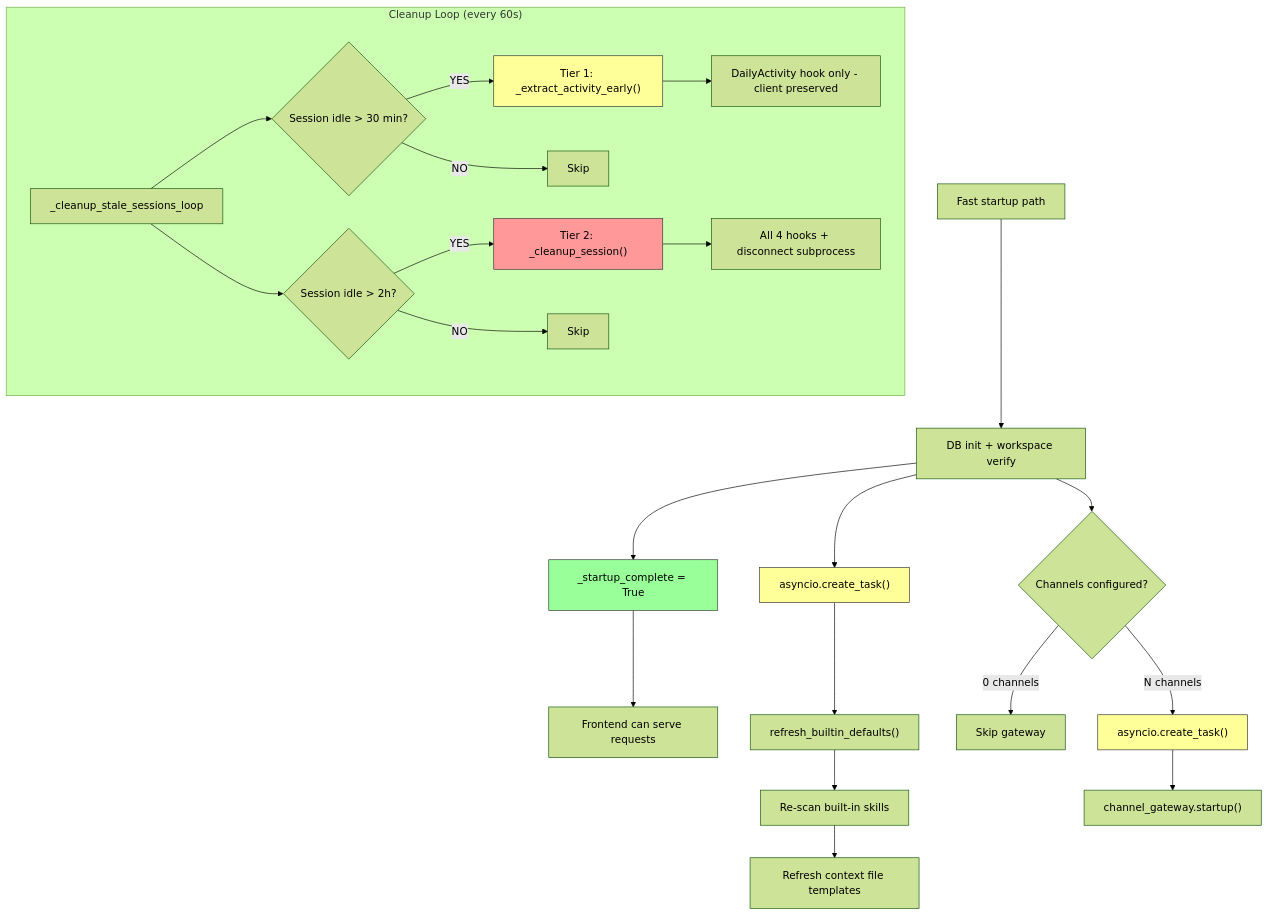
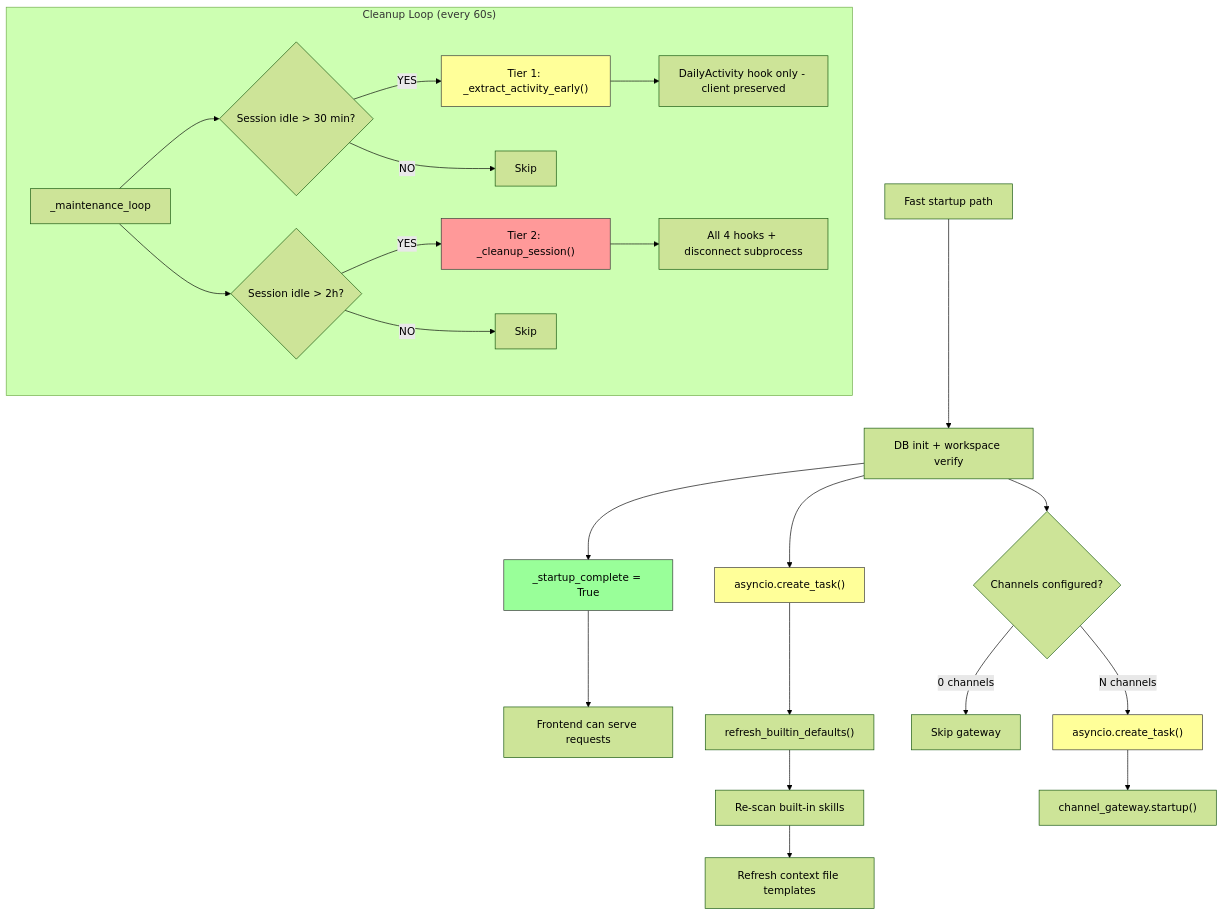
Before and after one commit to xg-gh-25/SwarmAI: diagram 20 of 20 in .kiro/specs/system-specs/FLOWCHARTS.md, drawn with Mermaid (forest theme). The commit also changed other lines of this file and 7 other files, not shown here.

First line of the commit message:
docs: refresh system-specs for multi-session re-architecture

````diff
--- a/.kiro/specs/system-specs/FLOWCHARTS.md
+++ b/.kiro/specs/system-specs/FLOWCHARTS.md
@@ -562,33 +562,33 @@
 ```mermaid
 flowchart TD
     A[Fast startup path] --> B[DB init + workspace verify]
     B --> C["_startup_complete = True"]
     C --> D[Frontend can serve requests]
 
     B --> E["asyncio.create_task()"]
     E --> F["refresh_builtin_defaults()"]
     F --> G[Re-scan built-in skills]
     G --> H[Refresh context file templates]
 
     B --> I{Channels configured?}
     I -->|0 channels| J[Skip gateway]
     I -->|N channels| K["asyncio.create_task()"]
     K --> L["channel_gateway.startup()"]
 
     subgraph "Cleanup Loop (every 60s)"
-        M["_cleanup_stale_sessions_loop"] --> N{Session idle > 30 min?}
+        M["_maintenance_loop"] --> N{Session idle > 30 min?}
         N -->|YES| O["Tier 1: _extract_activity_early()"]
         O --> P[DailyActivity hook only - client preserved]
         N -->|NO| Q[Skip]
         M --> R{Session idle > 2h?}
         R -->|YES| S["Tier 2: _cleanup_session()"]
         S --> T[All 4 hooks + disconnect subprocess]
         R -->|NO| U[Skip]
     end
 
     style C fill:#9f9,stroke:#333
     style E fill:#ff9,stroke:#333
     style K fill:#ff9,stroke:#333
     style O fill:#ff9,stroke:#333
     style S fill:#f99,stroke:#333
 ```
````
